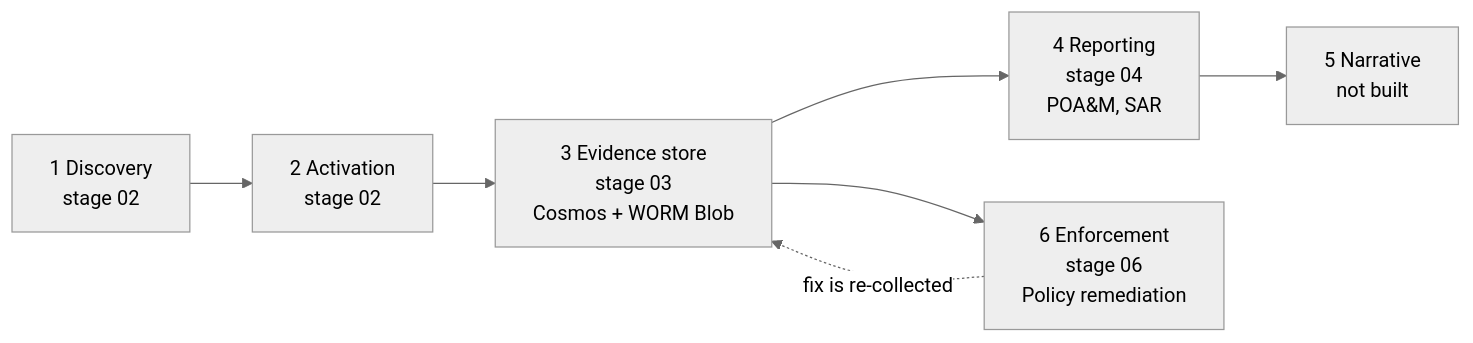
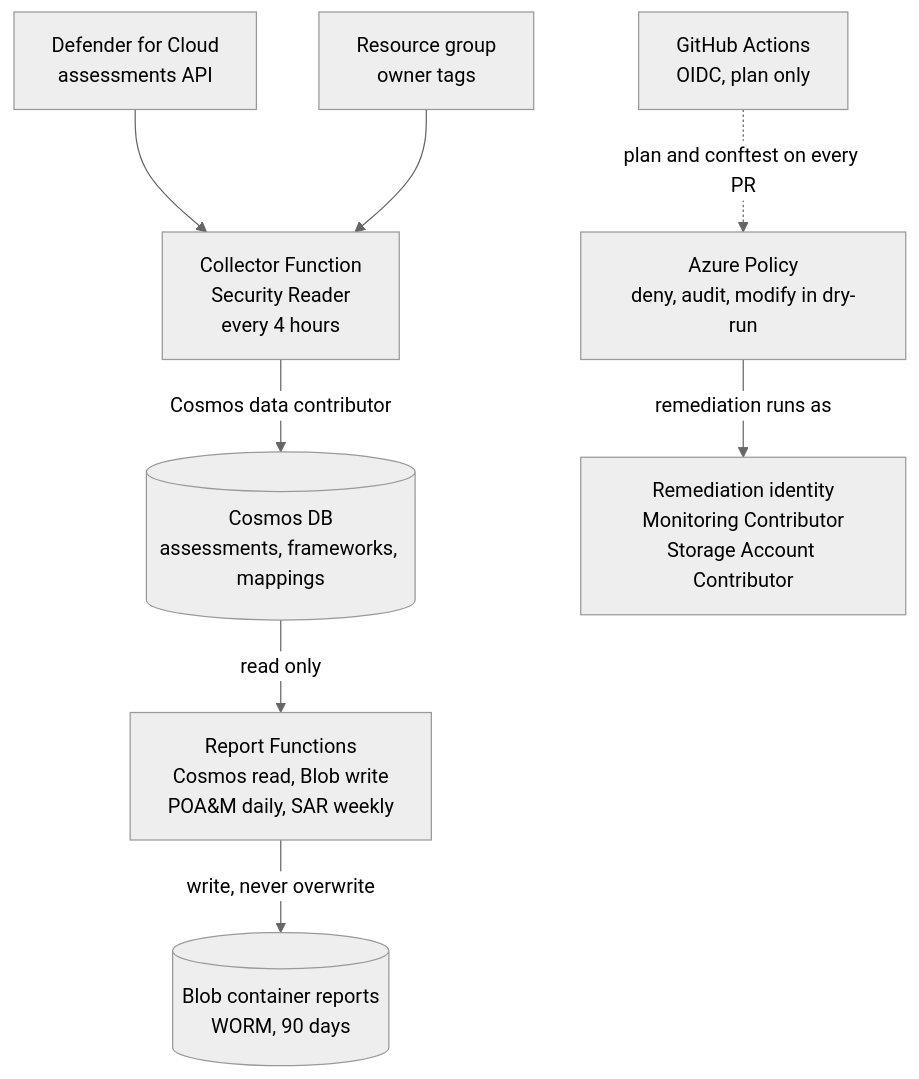
Before and after one commit to GRCEngClub/cgeaz: the diagram in README.md, drawn with Mermaid (neutral theme). The commit also changed other lines of this file, not shown here.

First line of the commit message:
README: rewrite as the record of this build, not a description of the starter

````diff
--- a/README.md
+++ b/README.md
@@ -15,9 +36,20 @@
 ```mermaid
-flowchart LR
-    D["1 Discovery<br/>stage 02"] --> A["2 Activation<br/>stage 02"]
-    A --> E["3 Evidence store<br/>stage 03<br/>Cosmos + WORM Blob"]
-    E --> R["4 Reporting<br/>stage 04<br/>POA&M, SAR"]
-    R --> N["5 Narrative<br/>not built"]
-    E --> F["6 Enforcement<br/>stage 06<br/>Policy remediation"]
-    F -. "fix is re-collected" .-> E
+flowchart TB
+    DEF["Defender for Cloud<br/>assessments API"]
+    TAGS["Resource group<br/>owner tags"]
+    COL["Collector Function<br/>Security Reader<br/>every 4 hours"]
+    COS[("Cosmos DB<br/>assessments, frameworks, mappings")]
+    REP["Report Functions<br/>Cosmos read, Blob write<br/>POA&M daily, SAR weekly"]
+    WORM[("Blob container reports<br/>WORM, 90 days")]
+    POL["Azure Policy<br/>deny, audit, modify in dry-run"]
+    REM["Remediation identity<br/>Monitoring Contributor<br/>Storage Account Contributor"]
+    CI["GitHub Actions<br/>OIDC, plan only"]
+
+    DEF --> COL
+    TAGS --> COL
+    COL -- "Cosmos data contributor" --> COS
+    COS -- "read only" --> REP
+    REP -- "write, never overwrite" --> WORM
+    POL -- "remediation runs as" --> REM
+    CI -. "plan and conftest on every PR" .-> POL
 ```
````
